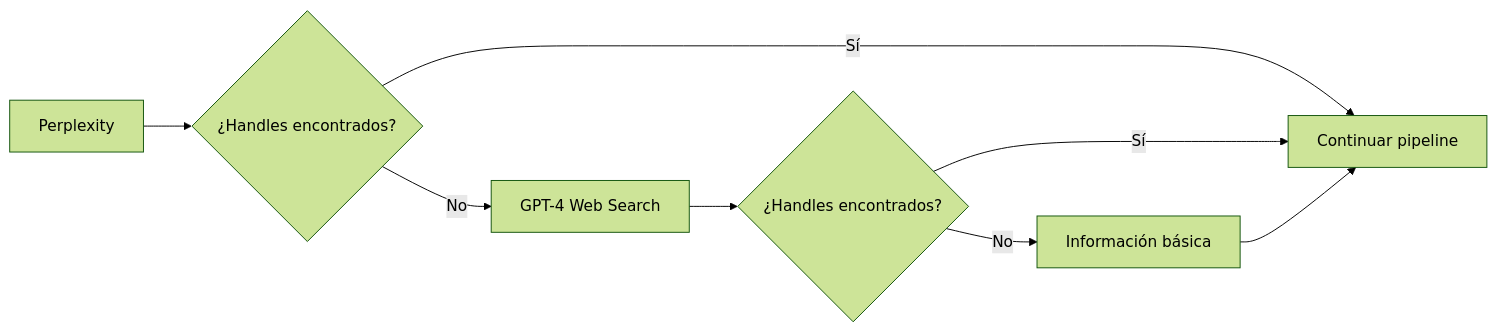
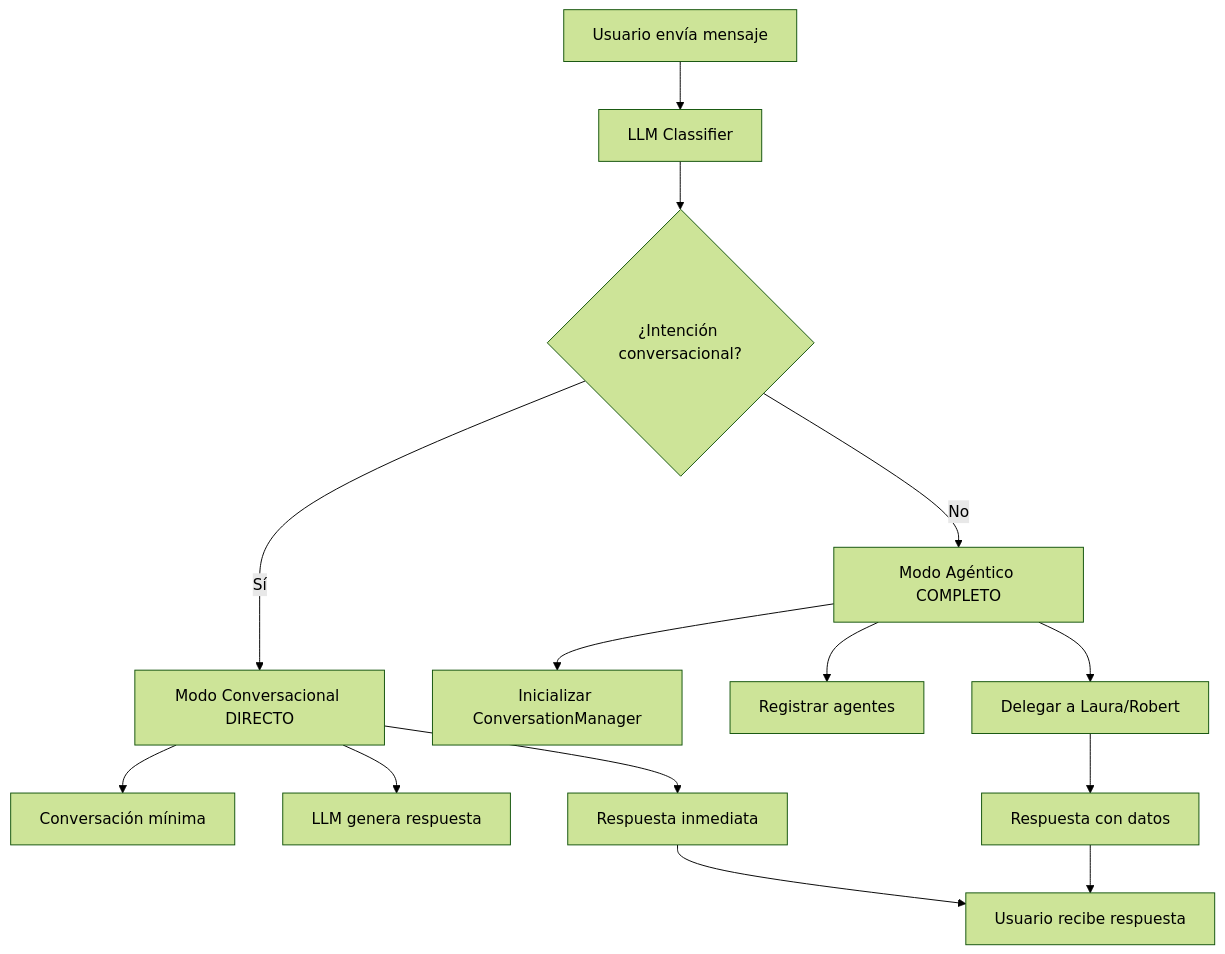
Before and after one commit to alpj361/ExtractorW: the diagram in MEJORAS_IMPLEMENTADAS.md, drawn with Mermaid (forest theme). The commit also changed other lines of this file and 69 other files, not shown here.

````diff
--- a/MEJORAS_IMPLEMENTADAS.md
+++ b/MEJORAS_IMPLEMENTADAS.md
@@ -112,10 +23,19 @@
 ```mermaid
-graph LR
-    A[Perplexity] --> B{¿Handles encontrados?}
-    B -->|Sí| C[Continuar pipeline]
-    B -->|No| D[GPT-4 Web Search]
-    D --> E{¿Handles encontrados?}
-    E -->|Sí| C
-    E -->|No| F[Información básica]
-    F --> C
+graph TD
+    A[Usuario envía mensaje] --> B[LLM Classifier]
+    B --> C{¿Intención conversacional?}
+    C -->|Sí| D[Modo Conversacional DIRECTO]
+    C -->|No| E[Modo Agéntico COMPLETO]
+    
+    D --> F[Conversación mínima]
+    D --> G[LLM genera respuesta]
+    D --> H[Respuesta inmediata]
+    
+    E --> I[Inicializar ConversationManager]
+    E --> J[Registrar agentes]
+    E --> K[Delegar a Laura/Robert]
+    K --> L[Respuesta con datos]
+    
+    H --> M[Usuario recibe respuesta]
+    L --> M
 ```
````
